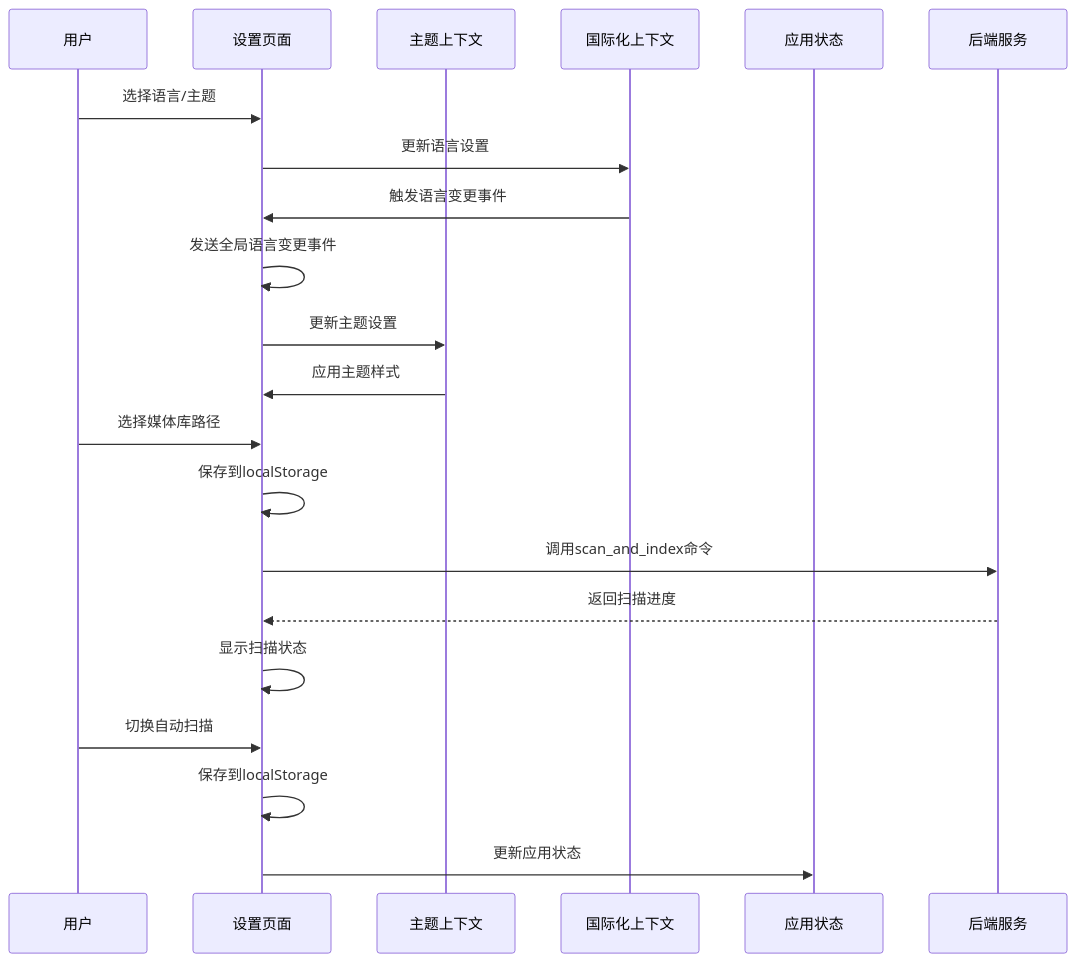
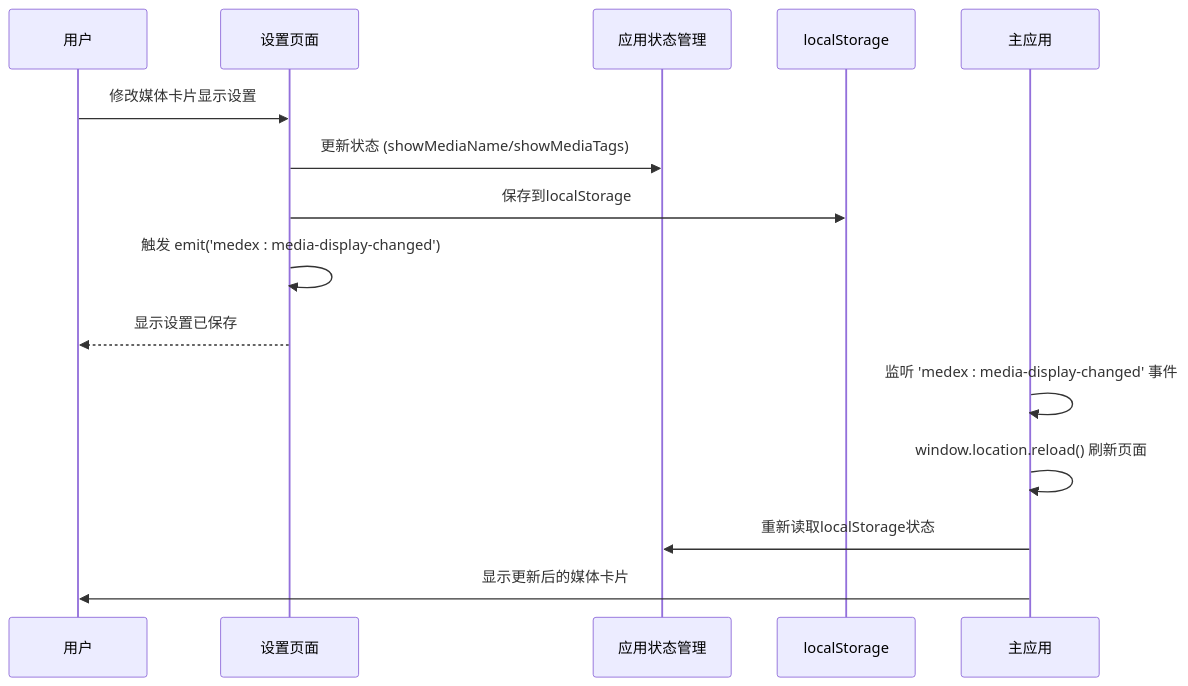
One commit to YLee9527/Medex changed the second of 3 diagrams in doc/repowiki/zh/content/Settings Page.md. Above: the diagram before and after it, drawn with Mermaid. The commit also changed other lines of this file and 31 other files, not shown here.

First line of the commit message:
docs(doc): 添加部署脚本、锁屏功能、发布指南及设置按钮图标文档

````diff
--- a/doc/repowiki/zh/content/Settings Page.md
+++ b/doc/repowiki/zh/content/Settings Page.md
@@ -102,23 +158,17 @@
 ```mermaid
 sequenceDiagram
 participant User as 用户
 participant Settings as 设置页面
-participant ThemeCtx as 主题上下文
-participant I18nCtx as 国际化上下文
-participant Store as 应用状态
-participant Backend as 后端服务
-User->>Settings : 选择语言/主题
-Settings->>I18nCtx : 更新语言设置
-I18nCtx->>Settings : 触发语言变更事件
-Settings->>Settings : 发送全局语言变更事件
-Settings->>ThemeCtx : 更新主题设置
-ThemeCtx->>Settings : 应用主题样式
-User->>Settings : 选择媒体库路径
-Settings->>Settings : 保存到localStorage
-Settings->>Backend : 调用scan_and_index命令
-Backend-->>Settings : 返回扫描进度
-Settings->>Settings : 显示扫描状态
-User->>Settings : 切换自动扫描
-Settings->>Settings : 保存到localStorage
-Settings->>Store : 更新应用状态
+participant Store as 应用状态管理
+participant LocalStorage as localStorage
+participant App as 主应用
+User->>Settings : 修改媒体卡片显示设置
+Settings->>Store : 更新状态 (showMediaName/showMediaTags)
+Settings->>LocalStorage : 保存到localStorage
+Settings->>Settings : 触发 emit('medex : media-display-changed')
+Settings-->>User : 显示设置已保存
+App->>App : 监听 'medex : media-display-changed' 事件
+App->>App : window.location.reload() 刷新页面
+App->>Store : 重新读取localStorage状态
+App->>User : 显示更新后的媒体卡片
 ```
````
